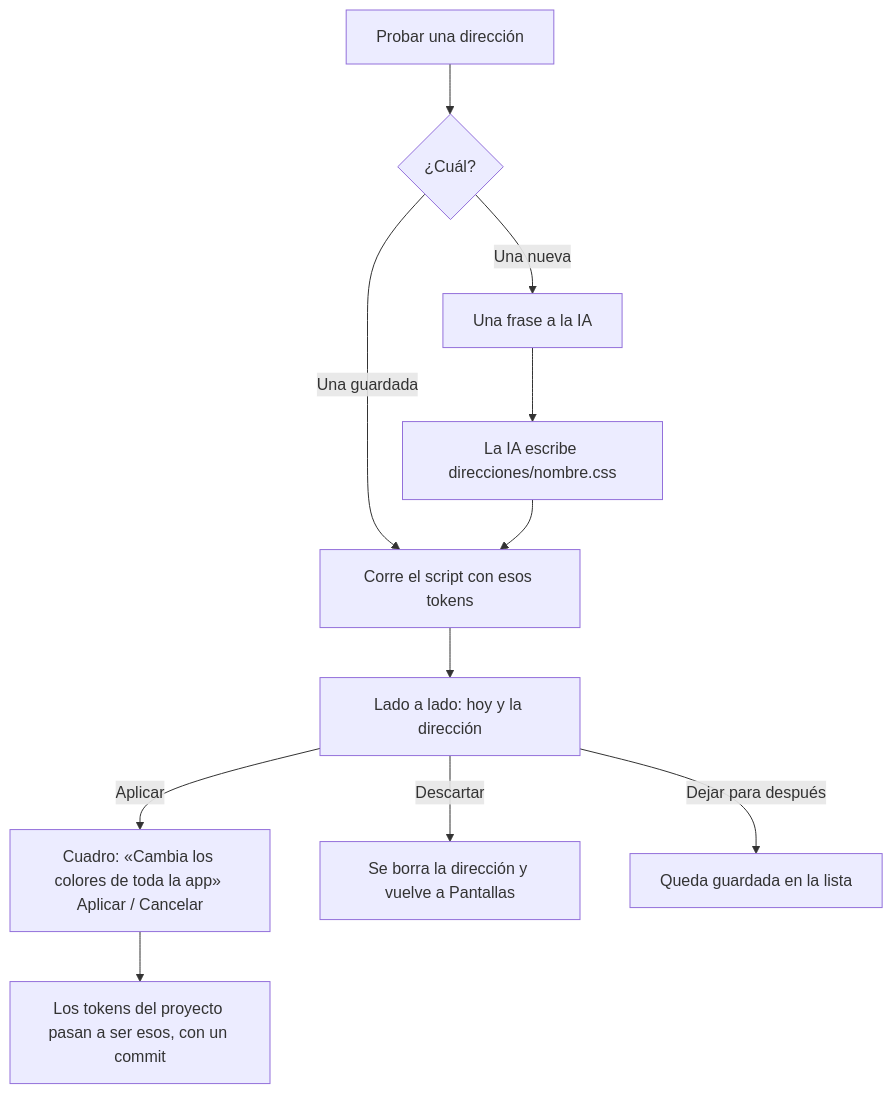
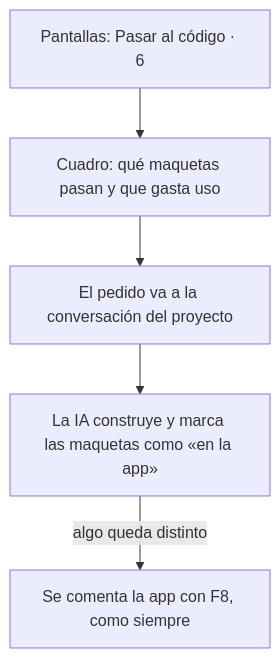
The third of 3 diagrams in docs/modulos/diseno/ux.md (LlanosLautaro/Iridium), drawn with Mermaid before and after one commit. The commit also changed other lines of this file and 6 other files, not shown here.

````diff
--- a/docs/modulos/diseno/ux.md
+++ b/docs/modulos/diseno/ux.md
@@ -138,10 +155,6 @@
 ```mermaid
 flowchart TD
-  A[Probar una dirección] --> B{¿Cuál?}
-  B -- Una guardada --> D
-  B -- Una nueva --> C[Una frase a la IA] --> C2[La IA escribe direcciones/nombre.css] --> D
-  D[Corre el script con esos tokens] --> E[Lado a lado: hoy y la dirección]
-  E -- Aplicar --> F[Cuadro: «Cambia los colores de toda la app» Aplicar / Cancelar] --> G[Los tokens del proyecto pasan a ser esos, con un commit]
-  E -- Descartar --> H[Se borra la dirección y vuelve a Pantallas]
-  E -- Dejar para después --> I[Queda guardada en la lista]
+  A[Pantallas: Pasar al código · 6] --> B[Cuadro: qué maquetas pasan y que gasta uso] --> C[El pedido va a la conversación del proyecto]
+  C --> D[La IA construye y marca las maquetas como «en la app»]
+  D -- algo queda distinto --> E[Se comenta la app con F8, como siempre]
 ```
````
